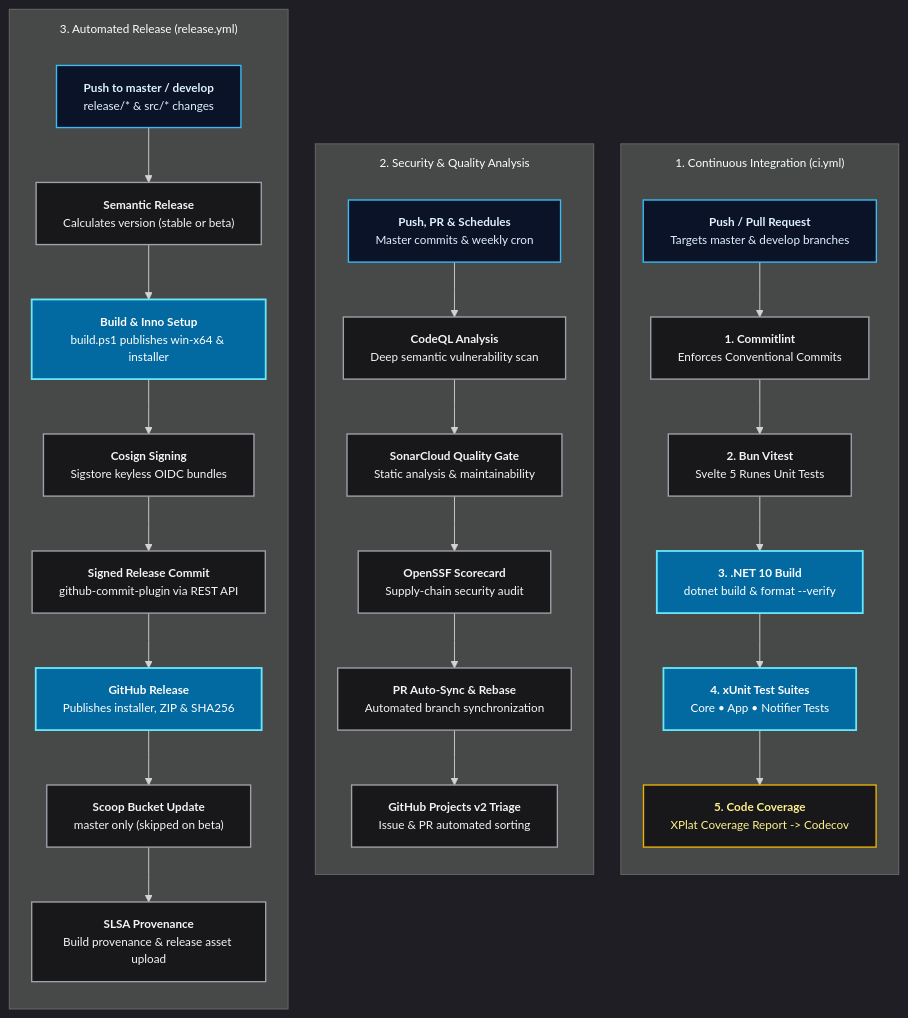
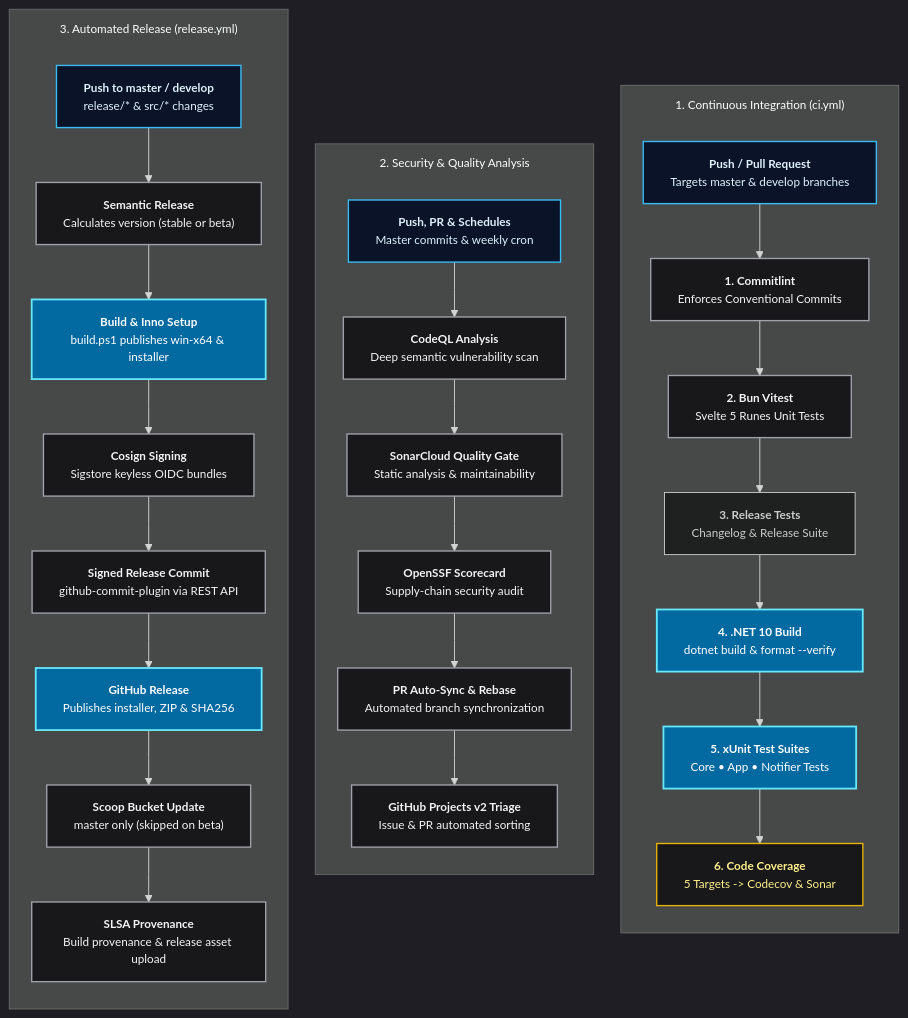
One commit to Nicconike/LocalTelemetry changed the diagram in docs/latest/developer-guide/ci-cd.md. Above: the diagram before and after it, drawn with Mermaid. The commit also changed other lines of this file and 33 other files, not shown here.

````diff
--- a/docs/latest/developer-guide/ci-cd.md
+++ b/docs/latest/developer-guide/ci-cd.md
@@ -23,68 +23,70 @@
 ```mermaid
 %%{init: {'theme': 'dark', 'themeVariables': {'fontSize': '13px'}, 'flowchart': {'nodeSpacing': 30, 'rankSpacing': 36, 'subGraphTitleMargin': {'top': 12, 'bottom': 20}, 'curve': 'linear'}}}%%
 flowchart TD
     %% COLUMN 1: CONTINUOUS INTEGRATION
     subgraph TrackCI["1. Continuous Integration (ci.yml)"]
         direction TB
         TriggerCI["<b>Push / Pull Request</b><br/>Targets master & develop branches"]
         Commitlint["<b>1. Commitlint</b><br/>Enforces Conventional Commits"]
         Vitest["<b>2. Bun Vitest</b><br/>Svelte 5 Runes Unit Tests"]
-        DotNetBuild["<b>3. .NET 10 Build</b><br/>dotnet build & format --verify"]
-        DotNetTest["<b>4. xUnit Test Suites</b><br/>Core • App • Notifier Tests"]
-        Coverage["<b>5. Code Coverage</b><br/>XPlat Coverage Report -> Codecov"]
+        ReleaseTest["<b>3. Release Tests</b><br/>Changelog & Release Suite"]
+        DotNetBuild["<b>4. .NET 10 Build</b><br/>dotnet build & format --verify"]
+        DotNetTest["<b>5. xUnit Test Suites</b><br/>Core • App • Notifier Tests"]
+        Coverage["<b>6. Code Coverage</b><br/>5 Targets -> Codecov & Sonar"]
 
         TriggerCI --> Commitlint
         Commitlint --> Vitest
-        Vitest --> DotNetBuild
+        Vitest --> ReleaseTest
+        ReleaseTest --> DotNetBuild
         DotNetBuild --> DotNetTest
         DotNetTest --> Coverage
     end
 
     %% COLUMN 2: CODE QUALITY & SECURITY
     subgraph TrackQuality["2. Security & Quality Analysis"]
         direction TB
         TriggerQuality["<b>Push, PR & Schedules</b><br/>Master commits & weekly cron"]
         CodeQL["<b>CodeQL Analysis</b><br/>Deep semantic vulnerability scan"]
         Sonar["<b>SonarCloud Quality Gate</b><br/>Static analysis & maintainability"]
         Scorecard["<b>OpenSSF Scorecard</b><br/>Supply-chain security audit"]
         SyncPR["<b>PR Auto-Sync & Rebase</b><br/>Automated branch synchronization"]
         Triage["<b>GitHub Projects v2 Triage</b><br/>Issue & PR automated sorting"]
 
         TriggerQuality --> CodeQL
         CodeQL --> Sonar
         Sonar --> Scorecard
         Scorecard --> SyncPR
         SyncPR --> Triage
     end
 
     %% COLUMN 3: AUTOMATED RELEASE PIPELINE
     subgraph TrackRelease["3. Automated Release (release.yml)"]
         direction TB
         TriggerRelease["<b>Push to master / develop</b><br/>release/* & src/* changes"]
         SemRel["<b>Semantic Release</b><br/>Calculates version (stable or beta)"]
         BuildPkg["<b>Build & Inno Setup</b><br/>build.ps1 publishes win-x64 & installer"]
         CosignSign["<b>Cosign Signing</b><br/>Sigstore keyless OIDC bundles"]
         SignedCommit["<b>Signed Release Commit</b><br/>github-commit-plugin via REST API"]
         GHRelease["<b>GitHub Release</b><br/>Publishes installer, ZIP & SHA256"]
         Scoop["<b>Scoop Bucket Update</b><br/>master only (skipped on beta)"]
         Attestation["<b>SLSA Provenance</b><br/>Build provenance & release asset upload"]
 
         TriggerRelease --> SemRel
         SemRel --> BuildPkg
         BuildPkg --> CosignSign
         CosignSign --> SignedCommit
         SignedCommit --> GHRelease
         GHRelease --> Scoop
         Scoop --> Attestation
     end
 
     class TriggerCI,TriggerQuality,TriggerRelease triggerNode
     class Commitlint,Vitest,CodeQL,Sonar,Scorecard,SyncPR,Triage,SemRel,CosignSign,SignedCommit,Scoop,Attestation stepNode
     class DotNetBuild,DotNetTest,BuildPkg,GHRelease buildNode
     class Coverage dataNode
 
     classDef triggerNode fill:#0b1329,stroke:#38bdf8,stroke-width:1.5px,color:#e0f2fe
     classDef stepNode fill:#18181b,stroke:#a1a1aa,stroke-width:1.5px,color:#f4f4f5
     classDef buildNode fill:#0369a1,stroke:#67e8f9,stroke-width:2px,color:#ffffff
     classDef dataNode fill:#18181b,stroke:#eab308,stroke-width:1.5px,color:#fef08a
 ```
````
